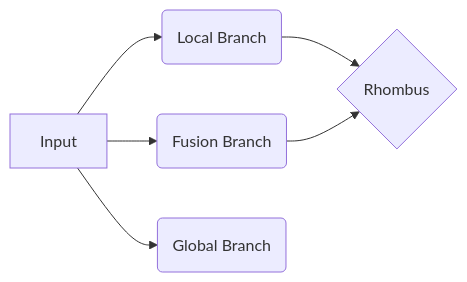
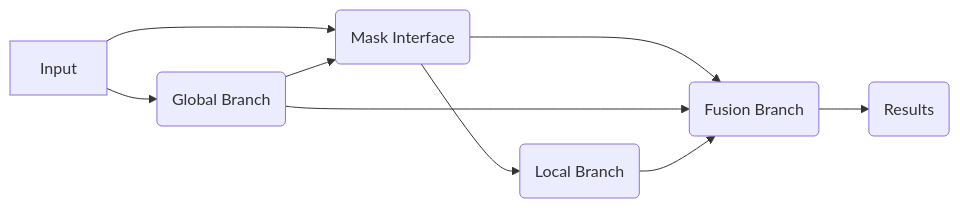
One commit to lawtrea/Attention-Guided-CNN-for-NIH-Chest-XRAY-Dataset changed the diagram in README.md. Above: the diagram before and after it, drawn with Mermaid. The commit also changed other lines of this file, not shown here.

````diff
--- a/README.md
+++ b/README.md
@@ -60,8 +62,12 @@
 ```mermaid
 graph LR
-A[Input] --> B(Local Branch)
-A --> C(Fusion Branch)
-A --> F(Global Branch)
-B --> D{Rhombus}
-C --> D
+A[Input] --> B(Global Branch)
+A --> M
+M(Mask Interface) --> C(Fusion Branch)
+M --> L(Local Branch)
+B --> M
+B --> C
+L --> C
+C --> R(Results)
+
 ```
````
